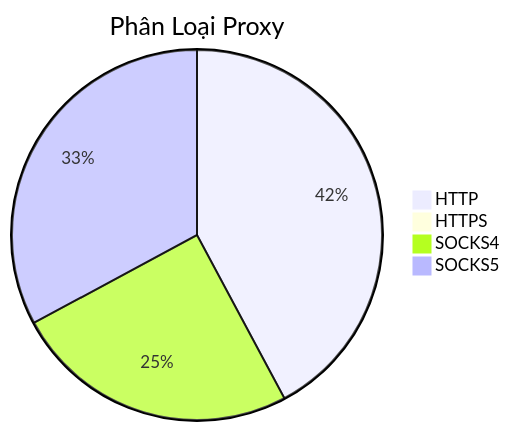
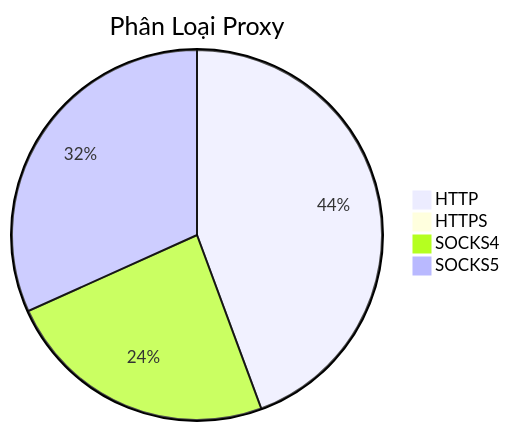
Before and after one commit to Ciara-12/PROXY-free: the diagram in README.md, drawn with Mermaid. The commit also changed other lines of this file and 3 other files, not shown here.

````diff
--- a/README.md
+++ b/README.md
@@ -26,7 +26,7 @@
 ```mermaid
 pie title Phân Loại Proxy
-    "HTTP" : 480
+    "HTTP" : 464
     "HTTPS" : 0
-    "SOCKS4" : 284
-    "SOCKS5" : 374
+    "SOCKS4" : 250
+    "SOCKS5" : 332
 ```
````
